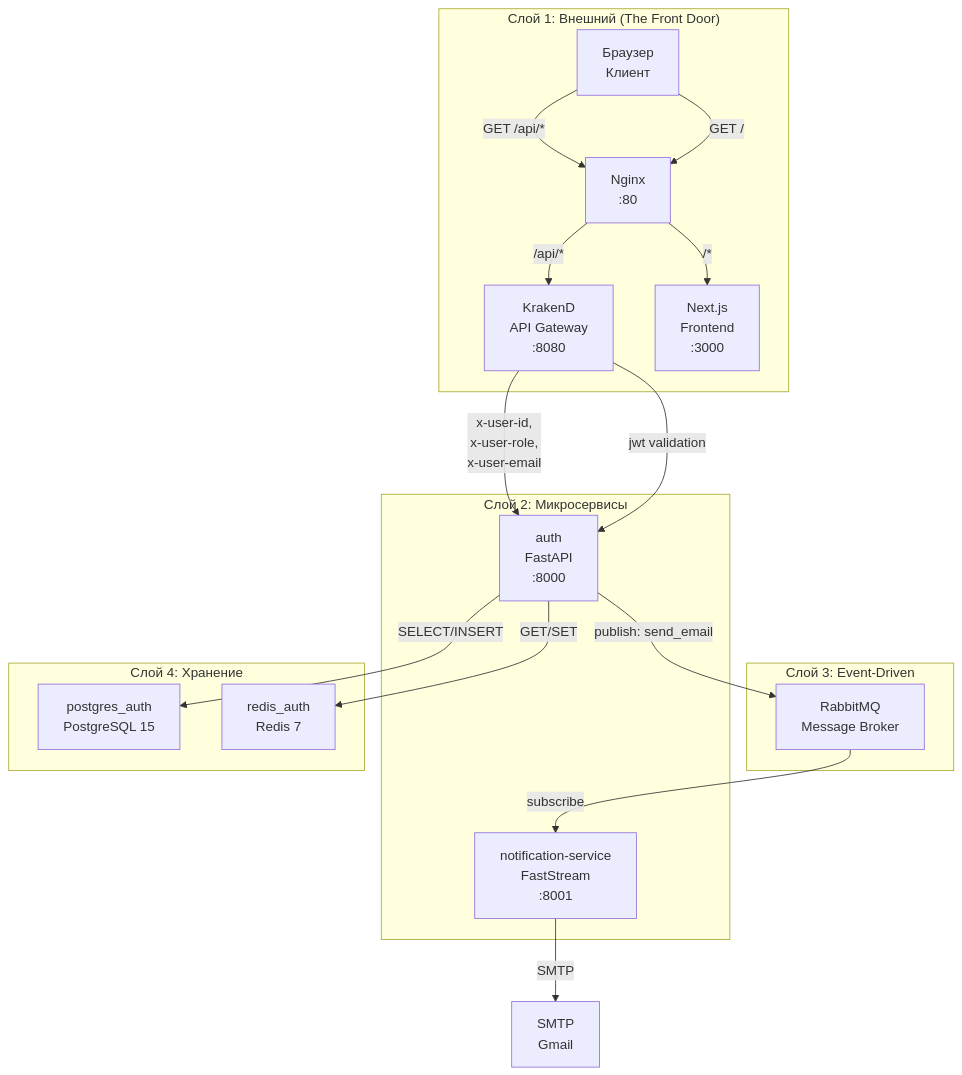
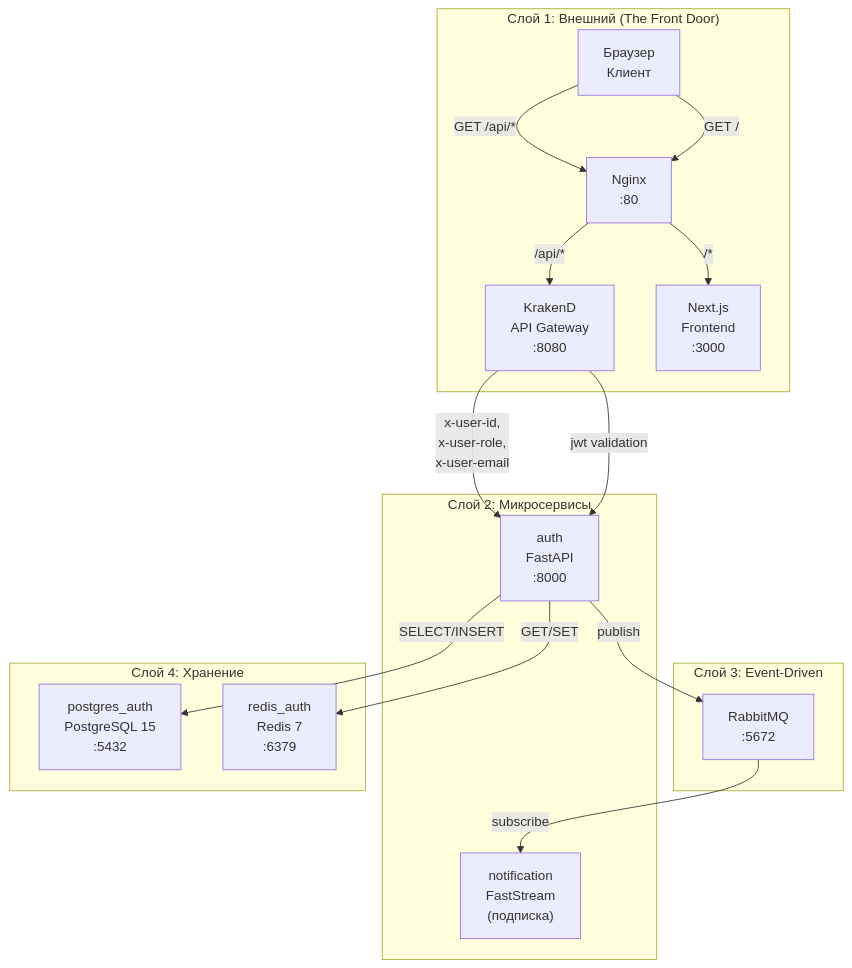
One commit to mindcoree/LoreLounge changed the first of 5 diagrams in docs/architecture.md. Above: the diagram before and after it, drawn with Mermaid. The commit also changed other lines of this file and 1 other file, not shown here.

````diff
--- a/docs/architecture.md
+++ b/docs/architecture.md
@@ -5,38 +27,36 @@
 ```mermaid
 flowchart TB
     subgraph Ext["Слой 1: Внешний (The Front Door)"]
         Browser["Браузер<br/>Клиент"]
         Nginx["Nginx<br/>:80"]
         KrakenD["KrakenD<br/>API Gateway<br/>:8080"]
         NextJS["Next.js<br/>Frontend<br/>:3000"]
     end
 
     subgraph Micro["Слой 2: Микросервисы"]
         Auth["auth<br/>FastAPI<br/>:8000"]
-        Notif["notification-service<br/>FastStream<br/>:8001"]
+        Notif["notification<br/>FastStream<br/>(подписка)"]
     end
 
     subgraph Event["Слой 3: Event-Driven"]
-        RMQ["RabbitMQ<br/>Message Broker"]
+        RMQ["RabbitMQ<br/>:5672"]
     end
 
     subgraph Storage["Слой 4: Хранение"]
-        PG["postgres_auth<br/>PostgreSQL 15"]
-        Redis["redis_auth<br/>Redis 7"]
+        PG["postgres_auth<br/>PostgreSQL 15<br/>:5432"]
+        Redis["redis_auth<br/>Redis 7<br/>:6379"]
     end
 
     Browser -->|"GET /"| Nginx
     Browser -->|"GET /api/*"| Nginx
     Nginx -->|"/*"| NextJS
     Nginx -->|"/api/*"| KrakenD
     KrakenD -->|jwt validation| Auth
     KrakenD -->|"x-user-id,<br/>x-user-role,<br/>x-user-email"| Auth
 
-    Auth -->|"publish: send_email"| RMQ
+    Auth -->|"publish"| RMQ
     RMQ -->|"subscribe"| Notif
 
     Auth -->|"SELECT/INSERT"| PG
     Auth -->|"GET/SET"| Redis
-
-    Notif -->|"SMTP"| External["SMTP<br/>Gmail"]
 ```
````
